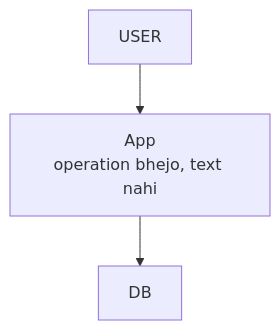
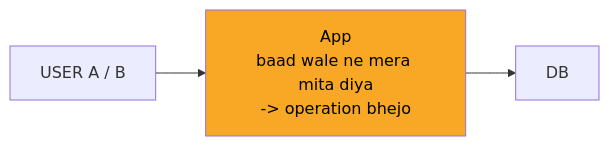
The second of 10 diagrams in 04_HLD/SYSTEM_DESIGNS/11_google_docs_collab/11_google_docs_collab.md (ArpanMaheshwari144/Prep), drawn with Mermaid before and after one commit. The commit also changed other lines of this file and 2 other files, not shown here.

Commit message:
docs, kafka, banking: one-day story, short cards, follow-ups with rules, highlighted diagrams

````diff
--- a/04_HLD/SYSTEM_DESIGNS/11_google_docs_collab/11_google_docs_collab.md
+++ b/04_HLD/SYSTEM_DESIGNS/11_google_docs_collab/11_google_docs_collab.md
@@ -68,8 +78,9 @@
 ```mermaid
-flowchart TD
-    n_USER["USER"]
-    n_App["App<br/>operation bhejo, text nahi"]
+flowchart LR
+    n_USER["USER A / B"]
+    n_App["App<br/>baad wale ne mera mita diya<br/>-> operation bhejo"]
     n_DB["DB"]
     n_USER --> n_App
     n_App --> n_DB
+    style n_App fill:#f9a825,color:#000
 ```
````
